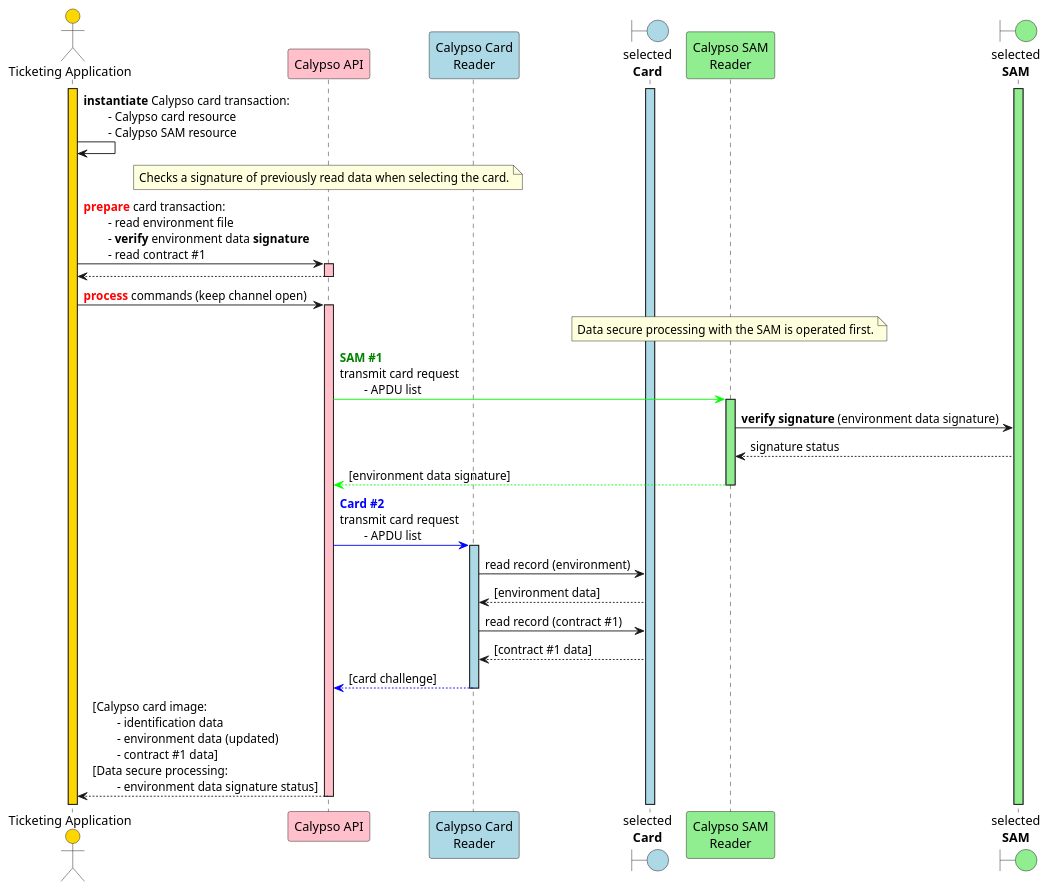
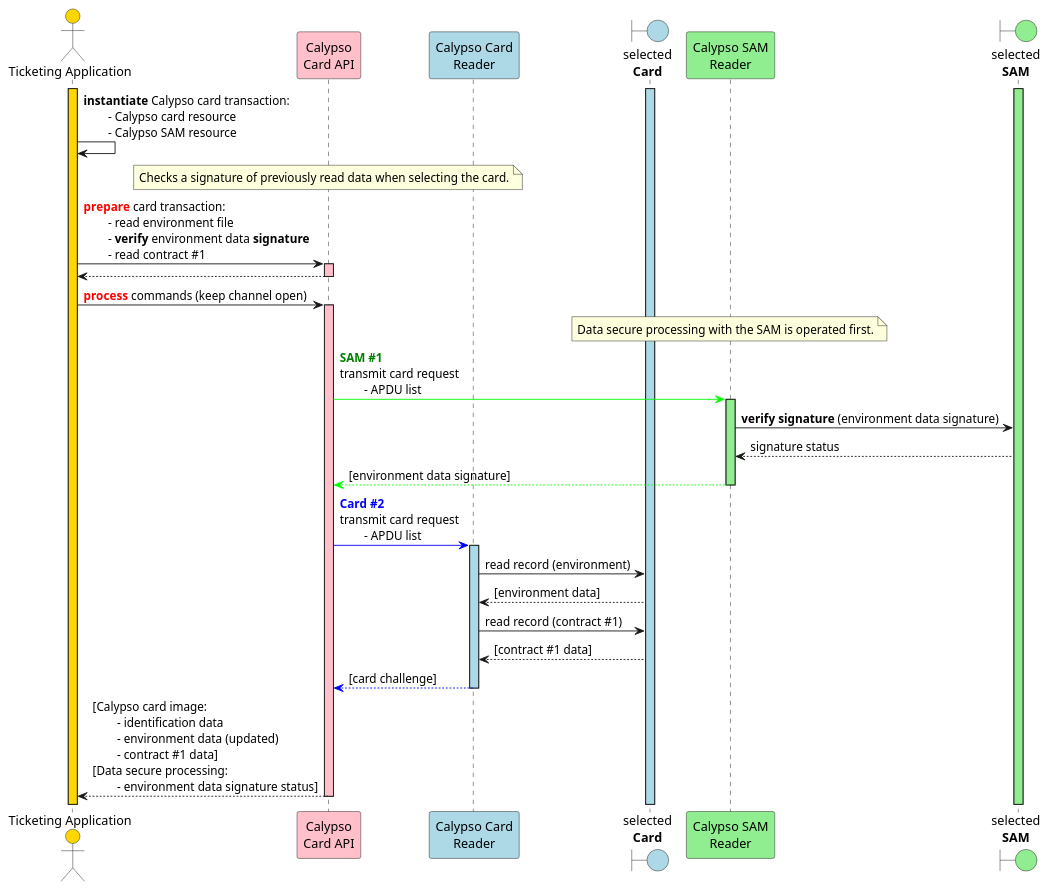
Before and after one commit to calypsonet/calypsonet-terminal-api-website: the diagram in static/media/specifications/calypso_transaction_DSP_outside_session_sequence_diagram.puml, drawn with PlantUML. The commit also changed 9 other files, not shown here.

Commit message:
Fix Calypso Card API name in sequence diag

```diff
--- a/static/media/specifications/calypso_transaction_DSP_outside_session_sequence_diagram.puml
+++ b/static/media/specifications/calypso_transaction_DSP_outside_session_sequence_diagram.puml
@@ -1,96 +1,96 @@
 @startuml
 
 'skinparam ClassBorderColor #F1C40F
 skinparam ClassBorderColor #D4AC0D
 skinparam stereotypeABorderColor #A9DCDF
 skinparam stereotypeIBorderColor #B4A7E5
 skinparam stereotypeCBorderColor #ADD1B2
 skinparam stereotypeEBorderColor #EB93DF
 skinparam shadowing false
 
 skinparam StateBorderColor #D4AC0D
 skinparam ActivityBorderColor #D4AC0D
 
 ' Red
 skinparam ClassBackgroundColor<<red>> #FDEDEC
 skinparam ClassBorderColor<<red>> #E74C3C
 hide <<red>> stereotype
 ' Purple
 skinparam ClassBackgroundColor<<purple>> #F4ECF7
 skinparam ClassBorderColor<<purple>> #8E44AD
 hide <<purple>> stereotype
 ' blue
 skinparam ClassBackgroundColor<<blue>> #EBF5FB
 skinparam ClassBorderColor<<blue>> #3498DB
 hide <<blue>> stereotype
 ' Green
 skinparam ClassBackgroundColor<<green>> #EAFAF1
 skinparam ClassBorderColor<<green>> #2ECC71
 hide <<green>> stereotype
 
 ' Orange
 skinparam ClassBackgroundColor<<orange>> #FDF2E9
 skinparam ClassBorderColor<<orange>> #E67E22
 hide <<orange>> stereotype
 
 ' Grey
 skinparam ClassBackgroundColor<<grey>> #EAECEE
 skinparam ClassBorderColor<<grey>> #2C3E50
 hide <<grey>> stereotype
 
 actor "Ticketing Application" as app #gold
-participant "Calypso API" as capi #pink
+participant "Calypso\nCard API" as capi #pink
 participant "Calypso Card\nReader" as cardReader #lightBlue
 boundary "selected\n**Card**" as card #lightBlue
 participant "Calypso SAM\nReader" as samReader #lightGreen
 boundary "selected\n**SAM**" as sam #lightGreen
 
 activate app #gold
 activate card #lightBlue
 activate sam #lightGreen
 
 app->app: **instantiate** Calypso card transaction:\n\t- Calypso card resource\n\t- Calypso SAM resource
 
 note over capi
     Checks a signature of previously read data when selecting the card.
 end note
 
 app->capi: <font color=red>**prepare**</font> card transaction:\n\t- read environment file\n\t- **verify** environment data **signature**\n\t- read contract #1
 activate capi  #pink
 capi-->app
 deactivate capi
 
 app->capi: <font color=red>**process**</font> commands (keep channel open)
 activate capi  #pink
 
 note over samReader
     Data secure processing with the SAM is operated first.
 end note
 
 capi-[#00FF00]>samReader: <font color=green>**SAM #1**<font color=red>\ntransmit card request\n\t- APDU list
 activate samReader #lightGreen
 samReader->sam: **verify signature** (environment data signature)
 sam-->samReader: signature status
 
 samReader-[#00FF00]->capi: [environment data signature]
 deactivate samReader
 
 capi-[#0000FF]>cardReader: <font color=blue>**Card #2**</font>\ntransmit card request\n\t- APDU list
 activate cardReader #lightBlue
 
 'group Card APDU commands inside session
     cardReader->card: read record (environment)
     card-->cardReader: [environment data]
     cardReader->card: read record (contract #1)
     card-->cardReader: [contract #1 data]
 'end
 
 cardReader--[#0000FF]>capi: [card challenge]
 deactivate cardReader
 
 capi-->app: [Calypso card image:\n\t- identification data\n\t- environment data (updated)\n\t- contract #1 data]\n[Data secure processing:\n\t- environment data signature status]
 deactivate capi
 
 deactivate samReader
 deactivate capi
 @enduml
```
